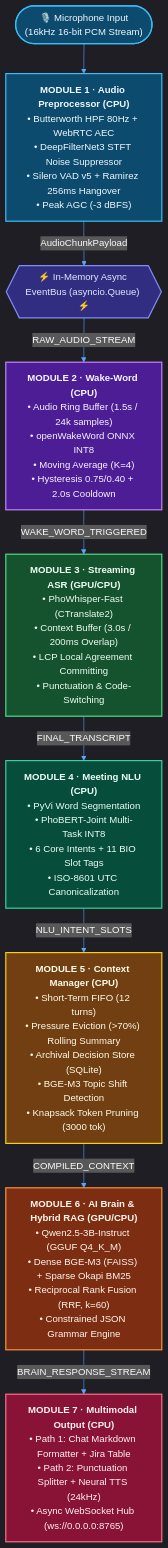
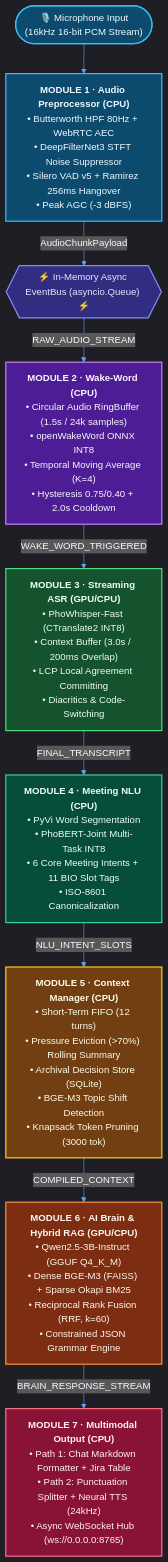
Before and after one commit to sh1kaku59/room-voice-ai: the diagram in room_voice_ai/README.md, drawn with Mermaid. The commit also changed other lines of this file and 1 other file, not shown here.

````diff
--- a/room_voice_ai/README.md
+++ b/room_voice_ai/README.md
@@ -35,48 +36,48 @@
 ```mermaid
 %%{init: {'theme': 'dark', 'themeVariables': { 'darkMode': true, 'background': 'transparent', 'mainBkg': '#1e293b', 'nodeBorder': '#38bdf8', 'lineColor': '#60a5fa', 'textColor': '#f8fafc' }}}%%
 flowchart TD
     MIC(["🎙️ Microphone Input<br/>(16kHz 16-bit PCM Stream)"])
     
     M1["<b>MODULE 1 · Audio Preprocessor (CPU)</b><br/>• Butterworth HPF 80Hz + WebRTC AEC<br/>• DeepFilterNet3 STFT Noise Suppressor<br/>• Silero VAD v5 + Ramirez 256ms Hangover<br/>• Peak AGC (-3 dBFS)"]
 
     BUS{{"⚡ In-Memory Async EventBus (asyncio.Queue) ⚡"}}
 
-    M2["<b>MODULE 2 · Wake-Word (CPU)</b><br/>• Audio Ring Buffer (1.5s / 24k samples)<br/>• openWakeWord ONNX INT8<br/>• Moving Average (K=4)<br/>• Hysteresis 0.75/0.40 + 2.0s Cooldown"]
+    M2["<b>MODULE 2 · Wake-Word (CPU)</b><br/>• Circular Audio RingBuffer (1.5s / 24k samples)<br/>• openWakeWord ONNX INT8<br/>• Temporal Moving Average (K=4)<br/>• Hysteresis 0.75/0.40 + 2.0s Cooldown"]
 
-    M3["<b>MODULE 3 · Streaming ASR (GPU/CPU)</b><br/>• PhoWhisper-Fast (CTranslate2)<br/>• Context Buffer (3.0s / 200ms Overlap)<br/>• LCP Local Agreement Committing<br/>• Punctuation & Code-Switching"]
+    M3["<b>MODULE 3 · Streaming ASR (GPU/CPU)</b><br/>• PhoWhisper-Fast (CTranslate2 INT8)<br/>• Context Buffer (3.0s / 200ms Overlap)<br/>• LCP Local Agreement Committing<br/>• Diacritics & Code-Switching"]
 
-    M4["<b>MODULE 4 · Meeting NLU (CPU)</b><br/>• PyVi Word Segmentation<br/>• PhoBERT-Joint Multi-Task INT8<br/>• 6 Core Intents + 11 BIO Slot Tags<br/>• ISO-8601 UTC Canonicalization"]
+    M4["<b>MODULE 4 · Meeting NLU (CPU)</b><br/>• PyVi Word Segmentation<br/>• PhoBERT-Joint Multi-Task INT8<br/>• 6 Core Meeting Intents + 11 BIO Slot Tags<br/>• ISO-8601 Canonicalization"]
 
     M5["<b>MODULE 5 · Context Manager (CPU)</b><br/>• Short-Term FIFO (12 turns)<br/>• Pressure Eviction (>70%) Rolling Summary<br/>• Archival Decision Store (SQLite)<br/>• BGE-M3 Topic Shift Detection<br/>• Knapsack Token Pruning (3000 tok)"]
 
     M6["<b>MODULE 6 · AI Brain & Hybrid RAG (GPU/CPU)</b><br/>• Qwen2.5-3B-Instruct (GGUF Q4_K_M)<br/>• Dense BGE-M3 (FAISS) + Sparse Okapi BM25<br/>• Reciprocal Rank Fusion (RRF, k=60)<br/>• Constrained JSON Grammar Engine"]
 
     M7["<b>MODULE 7 · Multimodal Output (CPU)</b><br/>• Path 1: Chat Markdown Formatter + Jira Table<br/>• Path 2: Punctuation Splitter + Neural TTS (24kHz)<br/>• Async WebSocket Hub (ws://0.0.0.0:8765)"]
 
     MIC --> M1
     M1 -->|AudioChunkPayload| BUS
     BUS -->|RAW_AUDIO_STREAM| M2
     M2 -->|WAKE_WORD_TRIGGERED| M3
     M3 -->|FINAL_TRANSCRIPT| M4
     M4 -->|NLU_INTENT_SLOTS| M5
     M5 -->|COMPILED_CONTEXT| M6
     M6 -->|BRAIN_RESPONSE_STREAM| M7
 
     classDef audio fill:#0c4a6e,stroke:#38bdf8,stroke-width:2px,color:#f0f9ff;
     classDef bus fill:#312e81,stroke:#818cf8,stroke-width:2px,color:#e0e7ff;
     classDef speech fill:#4c1d95,stroke:#c084fc,stroke-width:2px,color:#faf5ff;
     classDef asr fill:#14532d,stroke:#4ade80,stroke-width:2px,color:#f0fdf4;
     classDef nlu fill:#064e3b,stroke:#34d399,stroke-width:2px,color:#ecfdf5;
     classDef ctx fill:#713f12,stroke:#facc15,stroke-width:2px,color:#fefce8;
     classDef brain fill:#7c2d12,stroke:#fb923c,stroke-width:2px,color:#fff7ed;
     classDef out fill:#881337,stroke:#fb7185,stroke-width:2px,color:#fff1f2;
 
     class MIC,M1 audio;
     class BUS bus;
     class M2 speech;
     class M3 asr;
     class M4 nlu;
     class M5 ctx;
     class M6 brain;
     class M7 out;
 ```
````
